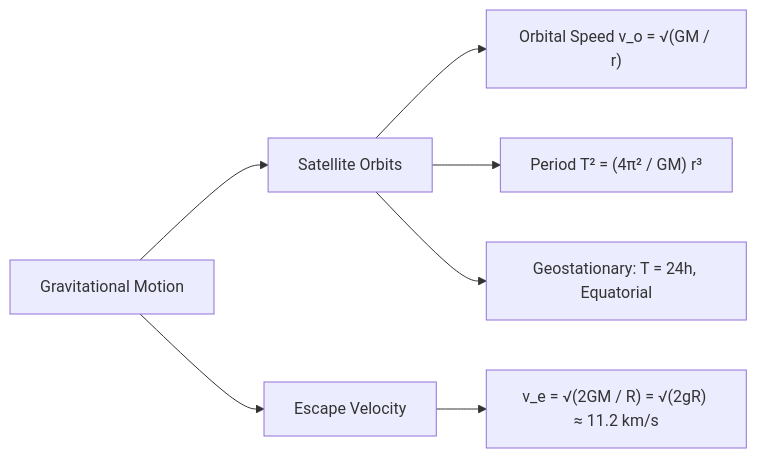
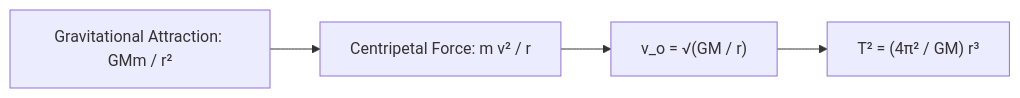
The fifth of 6 diagrams in 02 - Physics/Lesson 05 - Gravitational Field.md (zenyyxz/Zen_dx-Notes), drawn with Mermaid before and after one commit. The commit also changed other lines of this file and 5 other files, not shown here.

````diff
--- a/02 - Physics/Lesson 05 - Gravitational Field.md
+++ b/02 - Physics/Lesson 05 - Gravitational Field.md
@@ -37,11 +153,6 @@
 ```mermaid
 graph LR
-    Orbits["Gravitational Motion"] --> Sat["Satellite Orbits"]
-    Orbits --> Esc["Escape Velocity"]
-
-    Sat --> Speed["Orbital Speed v_o = √(GM / r)"]
-    Sat --> Period["Period T² = (4π² / GM) r³"]
-    Sat --> Geo["Geostationary: T = 24h, Equatorial"]
-
-    Esc --> SpeedEsc["v_e = √(2GM / R) = √(2gR) ≈ 11.2 km/s"]
+    Gravity["Gravitational Attraction: GMm / r²"] --> Centripetal["Centripetal Force: m v² / r"]
+    Centripetal --> OrbitalSpeed["v_o = √(GM / r)"]
+    OrbitalSpeed --> Kepler["T² = (4π² / GM) r³"]
 ```
````
